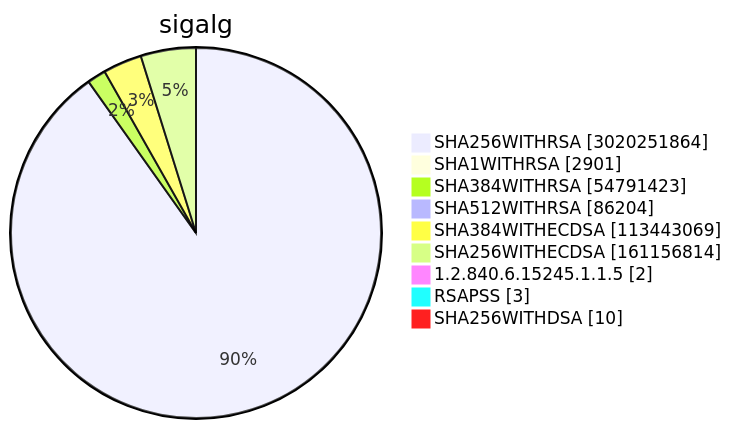
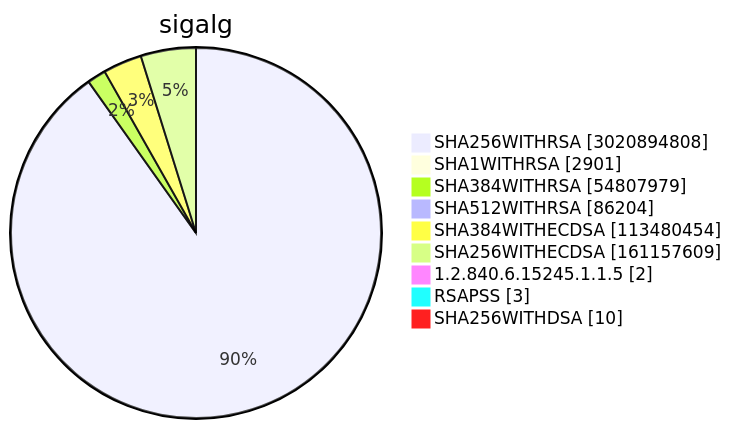
Diagram 15 of 15 in TOTAL/README.md (christiankrug/ctmonitor_visualization), drawn with Mermaid before and after one commit. The commit also changed other lines of this file, not shown here.

````diff
--- a/TOTAL/README.md
+++ b/TOTAL/README.md
@@ -6208,13 +6208,13 @@
 ```mermaid
 pie showData
 title sigalg
-"SHA256WITHRSA" :3020251864
+"SHA256WITHRSA" :3020894808
 "SHA1WITHRSA" :2901
-"SHA384WITHRSA" :54791423
+"SHA384WITHRSA" :54807979
 "SHA512WITHRSA" :86204
-"SHA384WITHECDSA" :113443069
-"SHA256WITHECDSA" :161156814
+"SHA384WITHECDSA" :113480454
+"SHA256WITHECDSA" :161157609
 "1.2.840.6.15245.1.1.5" :2
 "RSAPSS" :3
 "SHA256WITHDSA" :10
 ```
````
